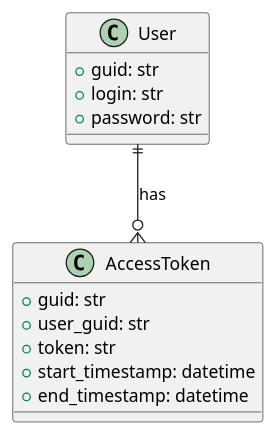
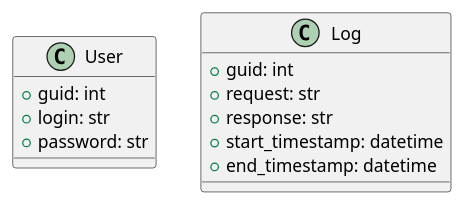
Before and after one commit to disk0Dancer/hse-se-paps: the fourth of 4 diagrams in LabWork3/docs/README.md, drawn with PlantUML. The commit also changed other lines of this file and 2 other files, not shown here.

Commit message:
feat(lab3): add diagrams

````diff
--- a/LabWork3/docs/README.md
+++ b/LabWork3/docs/README.md
@@ -197,19 +197,17 @@
 ```plantuml
 @startuml
     
 class User {
-    + guid: str
+    + guid: int
     + login: str
     + password: str
 }
 
-class AccessToken {
-    + guid: str
-    + user_guid: str
-    + token: str
+class Log {
+    + guid: int
+    + request: str
+    + response: str
     + start_timestamp: datetime
     + end_timestamp: datetime
 }
-
-User ||--o{ AccessToken : has
 ```
````
